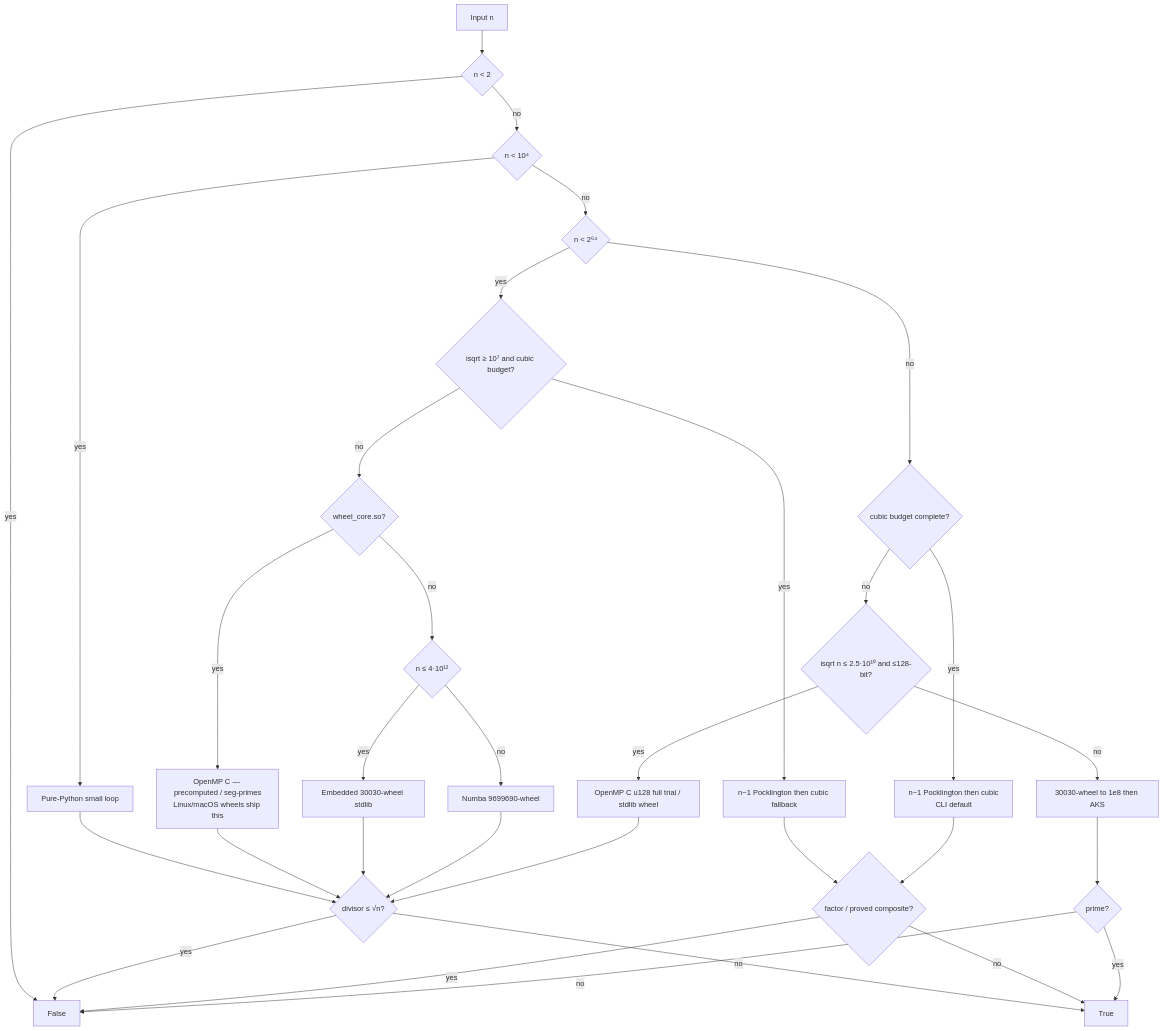
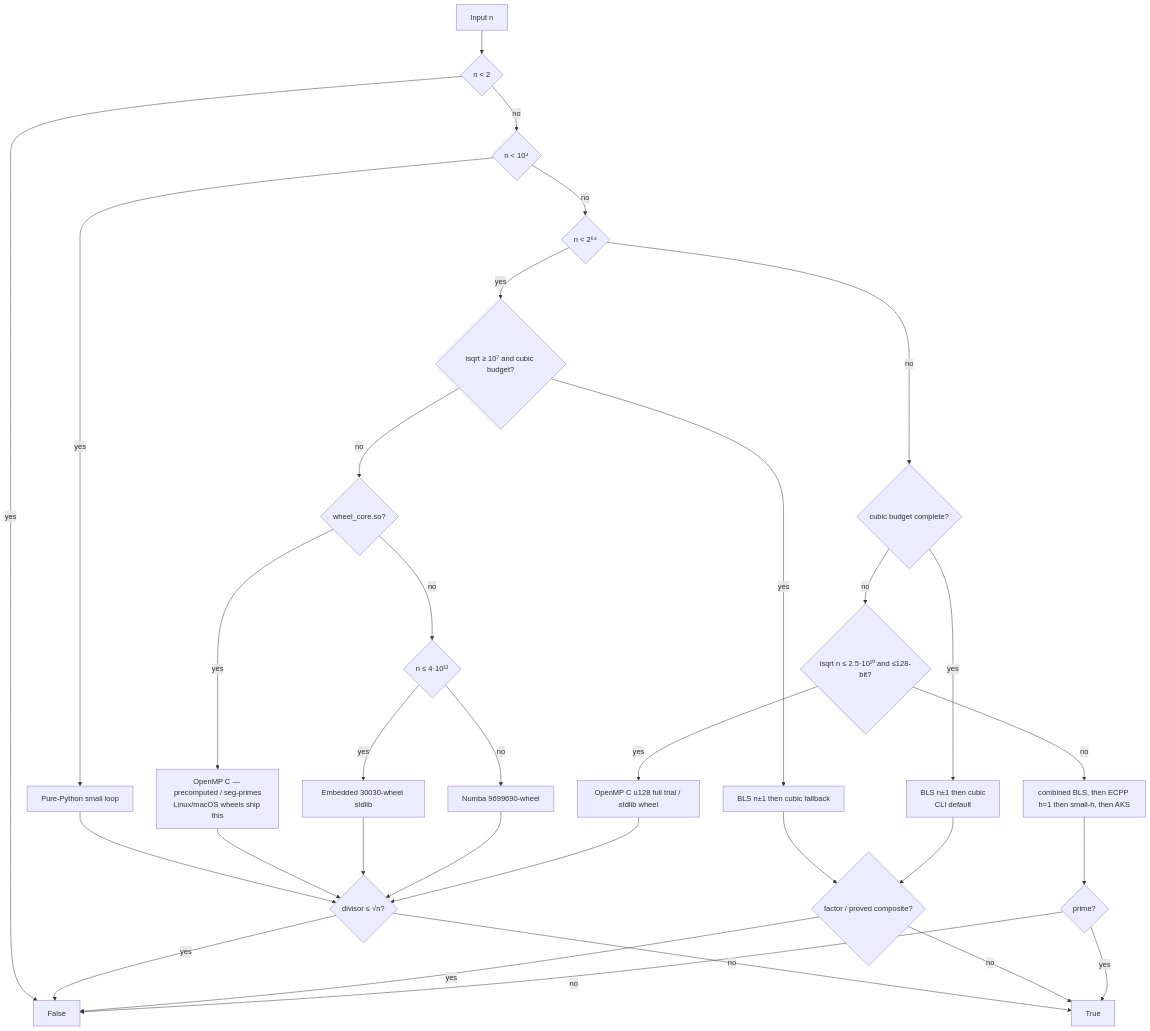
The diagram in README.md (BurakAhmet/Best-Prime-Number-Function), drawn with Mermaid before and after one commit. The commit also changed other lines of this file and 15 other files, not shown here.

First line of the commit message:
docs: huge-n BLS/ECPP ladder; restrictions + wiki sync

````diff
--- a/README.md
+++ b/README.md
@@ -162,34 +162,34 @@
 ```mermaid
 flowchart TD
   A[Input n] --> B{n < 2}
   B -->|yes| Z1[False]
   B -->|no| C{n < 10⁴}
   C -->|yes| P1[Pure-Python small loop]
   C -->|no| D{n < 2⁶⁴}
   D -->|yes| E0{isqrt ≥ 10⁷ and cubic budget?}
-  E0 -->|yes| P7[n−1 Pocklington then cubic fallback]
+  E0 -->|yes| P7[BLS n±1 then cubic fallback]
   P7 --> Z3
   E0 -->|no| E{wheel_core.so?}
   E -->|yes| P2[OpenMP C — precomputed / seg-primes<br/>Linux/macOS wheels ship this]
   E -->|no| F{n ≤ 4·10¹²}
   F -->|yes| P3[Embedded 30030-wheel stdlib]
   F -->|no| P4[Numba 9699690-wheel]
   P1 --> G{divisor ≤ √n?}
   P2 --> G
   P3 --> G
   P4 --> G
   G -->|yes| Z1
   G -->|no| Z2[True]
   D -->|no| H0{cubic budget complete?}
-  H0 -->|yes| P6[n−1 Pocklington then cubic<br/>CLI default]
+  H0 -->|yes| P6[BLS n±1 then cubic<br/>CLI default]
   P6 --> Z3{factor / proved composite?}
   Z3 -->|yes| Z1
   Z3 -->|no| Z2
   H0 -->|no| H{isqrt n ≤ 2.5·10¹⁰ and ≤128-bit?}
   H -->|yes| P5[OpenMP C u128 full trial / stdlib wheel]
   P5 --> G
-  H -->|no| I[30030-wheel to 1e8 then AKS]
+  H -->|no| I[combined BLS, then ECPP h=1 then small-h, then AKS]
   I --> L{prime?}
   L -->|yes| Z2
   L -->|no| Z1
 ```
````
